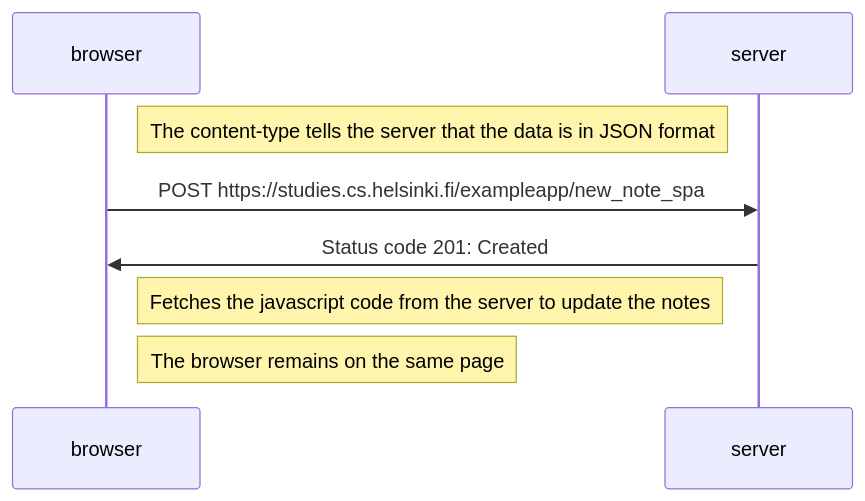
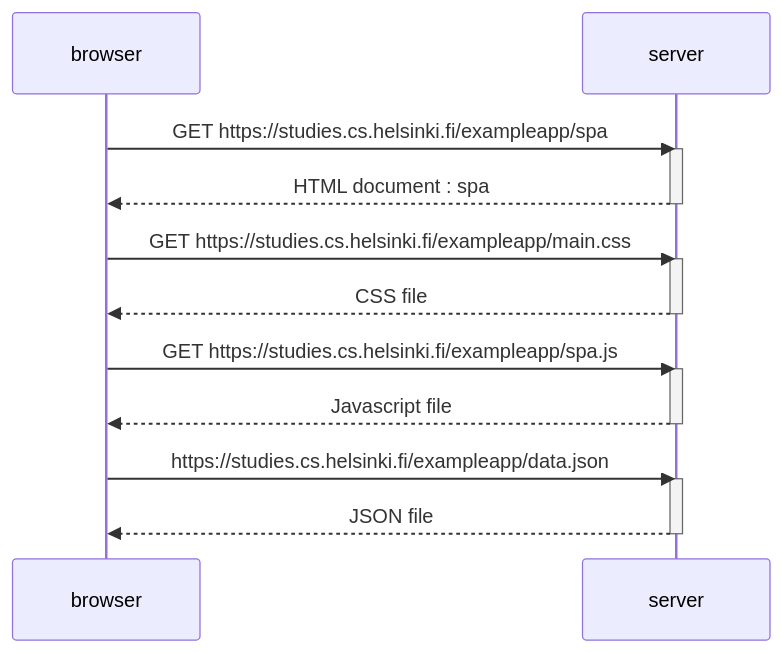
The diagram in part0/exercise05.md (BustedElbow/FullStackOpen), drawn with Mermaid before and after one commit.

Commit message:
Changed filename

````diff
--- a/part0/exercise05.md
+++ b/part0/exercise05.md
@@ -2,18 +2,27 @@
 ```mermaid
 sequenceDiagram
 
   participant browser
   participant server
 
-    note right of browser: The content-type tells the server that the data is in JSON format
+    browser->>server: GET https://studies.cs.helsinki.fi/exampleapp/spa
+    activate server
+    server-->>browser: HTML document : spa
+    deactivate server
 
-    browser->>server: POST https://studies.cs.helsinki.fi/exampleapp/new_note_spa
-    server->>browser: Status code 201: Created
+    browser->>server: GET https://studies.cs.helsinki.fi/exampleapp/main.css
+    activate server
+    server-->>browser: CSS file
+    deactivate server
 
-    note right of browser: Fetches the javascript code from the server to update the notes
-    note right of browser: The browser remains on the same page
+    browser->>server: GET https://studies.cs.helsinki.fi/exampleapp/spa.js
+    activate server
+    server-->>browser: Javascript file
+    deactivate server
 
-
-
+    browser->>server: https://studies.cs.helsinki.fi/exampleapp/data.json
+    activate server
+    server-->>browser: JSON file
+    deactivate server
 
 ```
````
